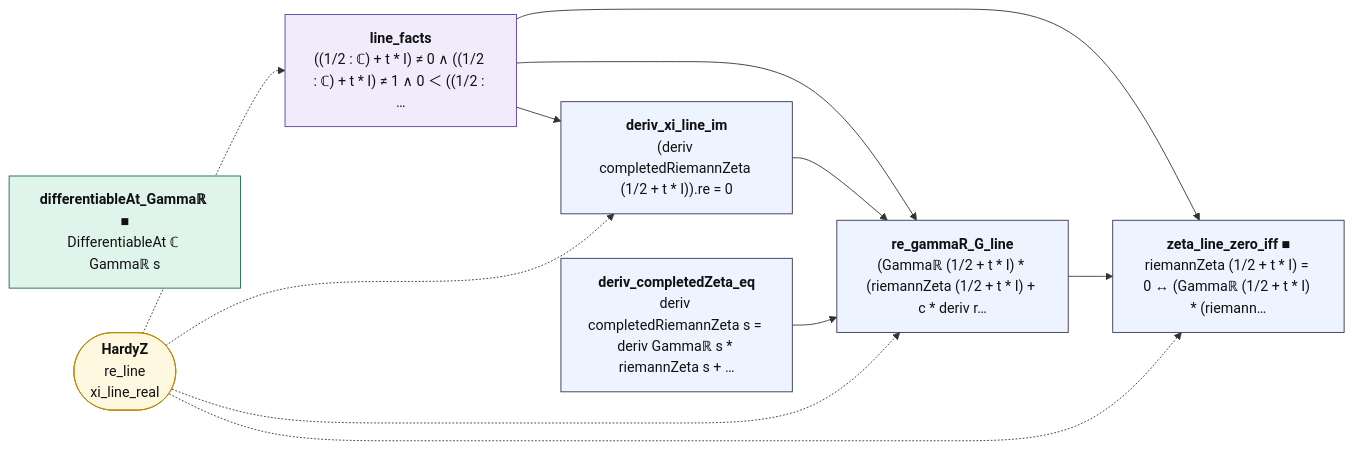
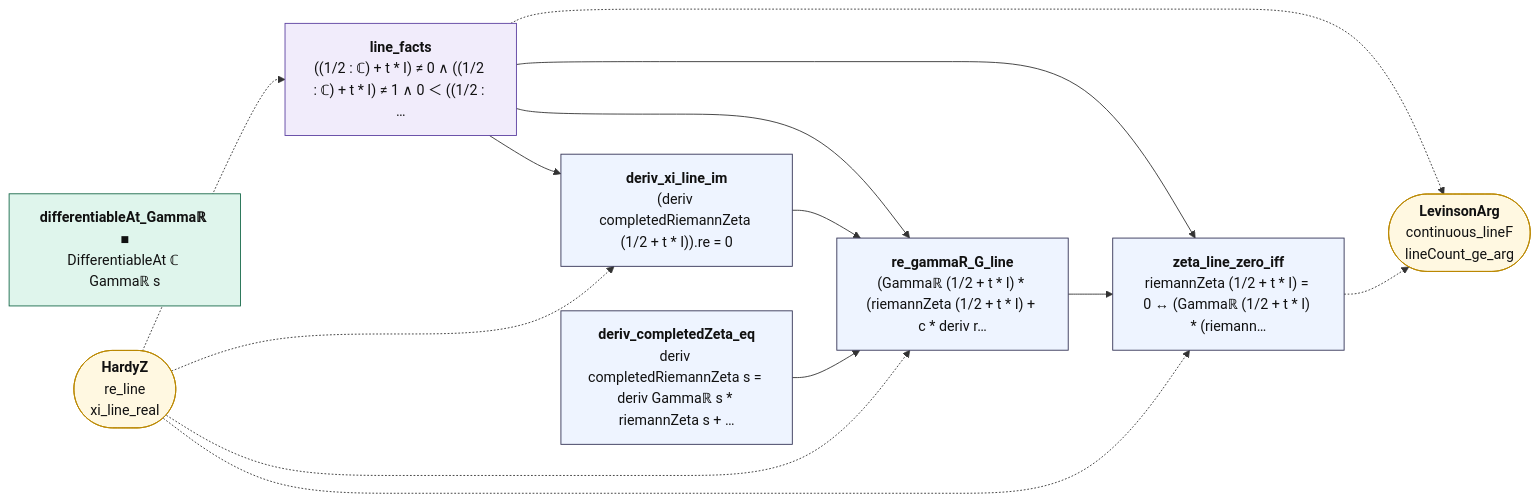
One commit to juliansambranojr/Primebeat_081426 changed the diagram in map/lean_stage3/LevinsonLine.mmd. Above: the diagram before and after it, drawn with Mermaid. The commit also changed 15 other files, not shown here.

```diff
--- a/map/lean_stage3/LevinsonLine.mmd
+++ b/map/lean_stage3/LevinsonLine.mmd
@@ -1,26 +1,29 @@
 flowchart LR
   n0["<b>line_facts</b><br/>((1/2 : ℂ) + t * I) ≠ 0 ∧ ((1/2 : ℂ) + t * I) ≠ 1 ∧ 0 ＜ ((1/2 : …"]:::shp
   n1["<b>deriv_xi_line_im</b><br/>(deriv completedRiemannZeta (1/2 + t * I)).re = 0"]:::thm
   n2["<b>differentiableAt_Gammaℝ ■</b><br/>DifferentiableAt ℂ Gammaℝ s"]:::cnt
   n3["<b>deriv_completedZeta_eq</b><br/>deriv completedRiemannZeta s = deriv Gammaℝ s * riemannZeta s + …"]:::thm
   n4["<b>re_gammaR_G_line</b><br/>(Gammaℝ (1/2 + t * I) * (riemannZeta (1/2 + t * I) + c * deriv r…"]:::thm
-  n5["<b>zeta_line_zero_iff ■</b><br/>riemannZeta (1/2 + t * I) = 0 ↔ (Gammaℝ (1/2 + t * I) * (riemann…"]:::thm
+  n5["<b>zeta_line_zero_iff</b><br/>riemannZeta (1/2 + t * I) = 0 ↔ (Gammaℝ (1/2 + t * I) * (riemann…"]:::thm
   x0(["<b>HardyZ</b><br/>re_line<br/>xi_line_real"]):::ext
+  x1(["<b>LevinsonArg</b><br/>continuous_lineF<br/>lineCount_ge_arg"]):::ext
   n0 --> n1
   n0 --> n4
   n0 --> n5
   n1 --> n4
   n3 --> n4
   n4 --> n5
+  n0 -.-> x1
+  n5 -.-> x1
   x0 -.-> n0
   x0 -.-> n1
   x0 -.-> n4
   x0 -.-> n5
   classDef cnt fill:#dff5ec,stroke:#17694a,color:#111
   classDef shp fill:#f1ecfb,stroke:#5b3fa0,color:#111
   classDef rh fill:#ffe5e5,stroke:#c22,color:#111,stroke-width:2px
   classDef thm fill:#eef4ff,stroke:#335,color:#111
   classDef end_ fill:#e7f7e7,stroke:#2a7,color:#111,stroke-width:2px
   classDef lone fill:#fff,stroke:#999,color:#111,stroke-dasharray:4 3
   classDef bad fill:#ffe5e5,stroke:#c22,color:#111,stroke-width:2px
   classDef ext fill:#fff8e1,stroke:#b80,color:#111
```
